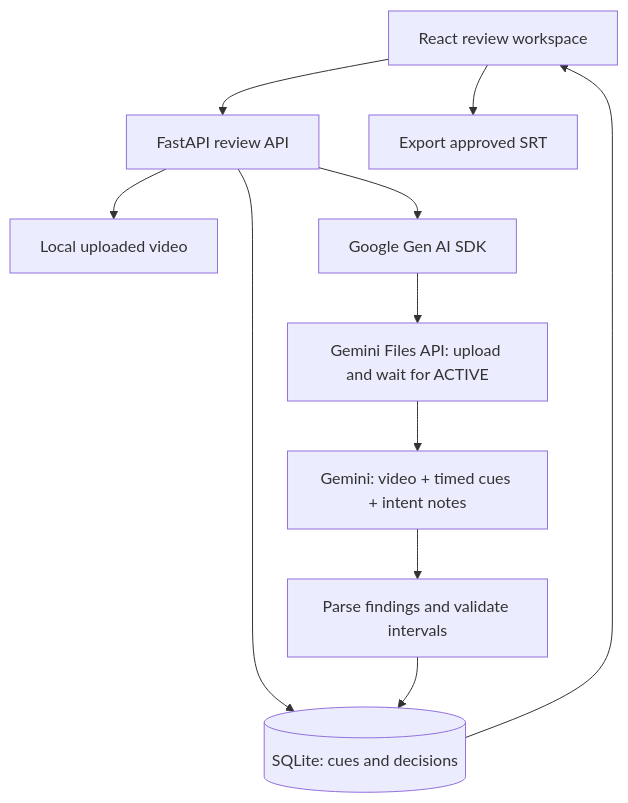
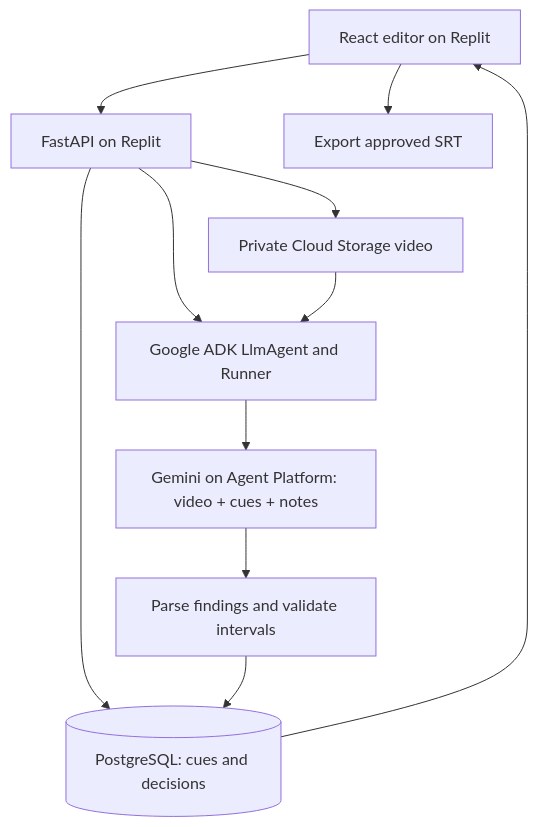
One commit to vinhbin/reveal changed the second of 2 diagrams in README.md. Above: the diagram before and after it, drawn with Mermaid. The commit also changed other lines of this file and 8 other files, not shown here.

````diff
--- a/README.md
+++ b/README.md
@@ -107,13 +107,13 @@
 ```mermaid
 flowchart TD
-    UI[React review workspace] --> API[FastAPI review API]
-    API --> DB[(SQLite: cues and decisions)]
-    API --> MEDIA[Local uploaded video]
-    API --> SDK[Google Gen AI SDK]
-    SDK --> FILES[Gemini Files API: upload and wait for ACTIVE]
-    FILES --> MODEL[Gemini: video + timed cues + intent notes]
+    UI[React editor on Replit] --> API[FastAPI on Replit]
+    API --> DB[(PostgreSQL: cues and decisions)]
+    API --> MEDIA[Private Cloud Storage video]
+    API --> ADK[Google ADK LlmAgent and Runner]
+    MEDIA --> ADK
+    ADK --> MODEL[Gemini on Agent Platform: video + cues + notes]
     MODEL --> VALIDATE[Parse findings and validate intervals]
     VALIDATE --> DB
     DB --> UI
     UI --> EXPORT[Export approved SRT]
 ```
````
